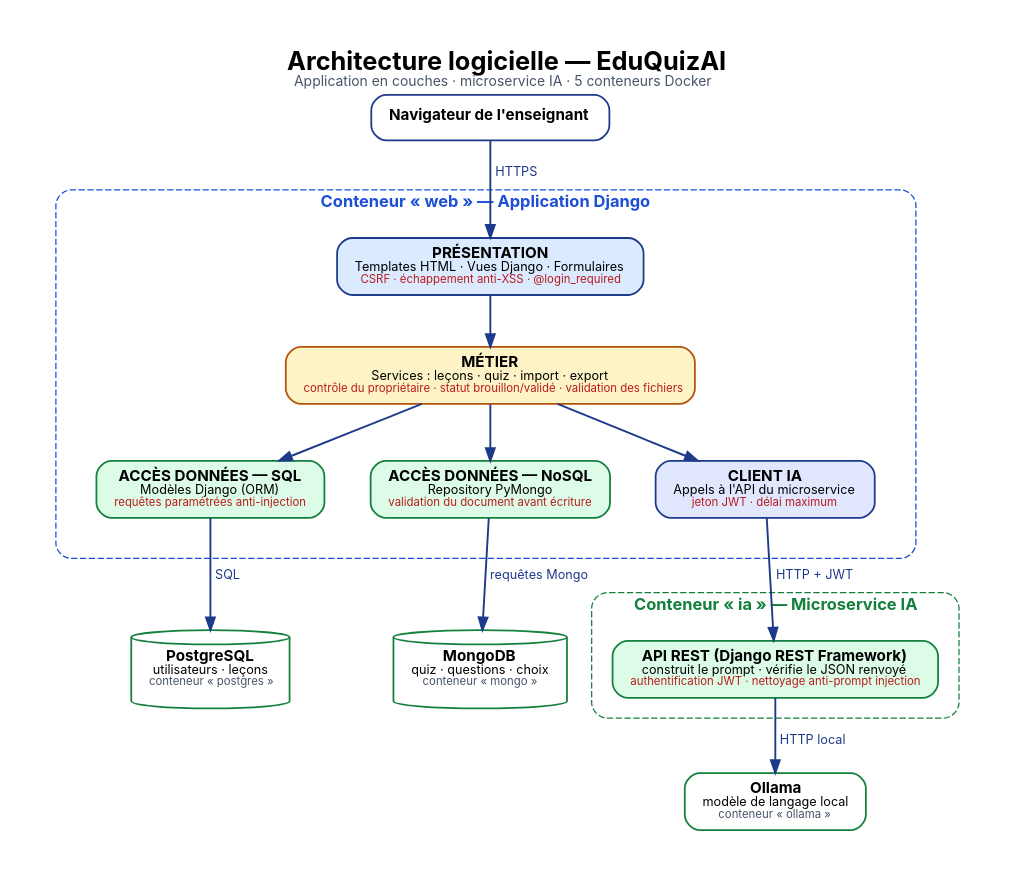
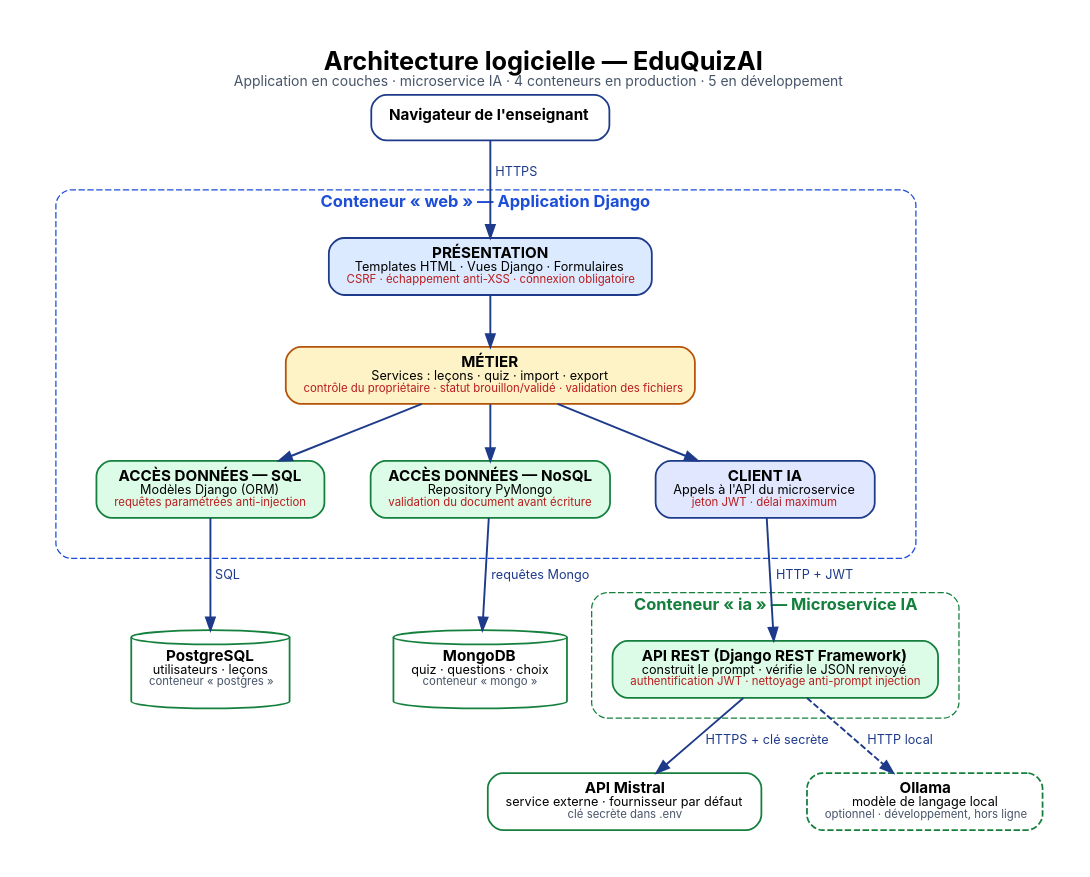
One commit to FantoniStephane/eduquizai changed the diagram in docs/conception/diagrammes/architecture.dot. Above: the diagram before and after it, drawn with Graphviz. The commit also changed 1 other file, not shown here.

Commit message:
docs(conception): schéma d'architecture avec l'API Mistral, Ollama en option

```diff
--- a/docs/conception/diagrammes/architecture.dot
+++ b/docs/conception/diagrammes/architecture.dot
@@ -1,36 +1,38 @@
 digraph A {
   graph [rankdir=TB, bgcolor="white", fontname="Inter", pad=0.4, nodesep=0.5, ranksep=0.55, compound=true,
-         label=<<B>Architecture logicielle — EduQuizAI</B><BR/><FONT POINT-SIZE="11" COLOR="#475569">Application en couches · microservice IA · 5 conteneurs Docker</FONT>>, labelloc=t, fontsize=20];
+         label=<<B>Architecture logicielle — EduQuizAI</B><BR/><FONT POINT-SIZE="11" COLOR="#475569">Application en couches · microservice IA · 4 conteneurs en production · 5 en développement</FONT>>, labelloc=t, fontsize=20];
   node [fontname="Inter", fontsize=12, shape=box, style="rounded,filled", color="#1E3A8A", fillcolor="#EFF6FF", penwidth=1.4, margin="0.2,0.1"];
   edge [fontname="Inter", fontsize=10, color="#1E3A8A", fontcolor="#1E3A8A", penwidth=1.5];
 
   nav [label=<<B>Navigateur de l'enseignant</B>>, shape=box, fillcolor="#FFFFFF"];
 
   subgraph cluster_web {
     label=<<B>Conteneur « web » — Application Django</B>>; fontsize=13; style="rounded,dashed"; color="#1D4ED8"; fontcolor="#1D4ED8"; margin=16;
-    pres [label=<<B>PRÉSENTATION</B><BR/><FONT POINT-SIZE="10">Templates HTML · Vues Django · Formulaires</FONT><BR/><FONT POINT-SIZE="9" COLOR="#B91C1C">CSRF · échappement anti-XSS · @login_required</FONT>>, fillcolor="#DBEAFE"];
+    pres [label=<<B>PRÉSENTATION</B><BR/><FONT POINT-SIZE="10">Templates HTML · Vues Django · Formulaires</FONT><BR/><FONT POINT-SIZE="9" COLOR="#B91C1C">CSRF · échappement anti-XSS · connexion obligatoire</FONT>>, fillcolor="#DBEAFE"];
     metier [label=<<B>MÉTIER</B><BR/><FONT POINT-SIZE="10">Services : leçons · quiz · import · export</FONT><BR/><FONT POINT-SIZE="9" COLOR="#B91C1C">contrôle du propriétaire · statut brouillon/validé · validation des fichiers</FONT>>, fillcolor="#FEF3C7", color="#B45309"];
     subgraph cluster_donnees { label=""; style=invis;
       orm [label=<<B>ACCÈS DONNÉES — SQL</B><BR/><FONT POINT-SIZE="10">Modèles Django (ORM)</FONT><BR/><FONT POINT-SIZE="9" COLOR="#B91C1C">requêtes paramétrées anti-injection</FONT>>, fillcolor="#DCFCE7", color="#15803D"];
       repo [label=<<B>ACCÈS DONNÉES — NoSQL</B><BR/><FONT POINT-SIZE="10">Repository PyMongo</FONT><BR/><FONT POINT-SIZE="9" COLOR="#B91C1C">validation du document avant écriture</FONT>>, fillcolor="#DCFCE7", color="#15803D"];
       client [label=<<B>CLIENT IA</B><BR/><FONT POINT-SIZE="10">Appels à l'API du microservice</FONT><BR/><FONT POINT-SIZE="9" COLOR="#B91C1C">jeton JWT · délai maximum</FONT>>, fillcolor="#E0E7FF", color="#1E3A8A"];
     }
     pres -> metier; metier -> orm; metier -> repo; metier -> client;
   }
 
   pg [label=<<B>PostgreSQL</B><BR/><FONT POINT-SIZE="10">utilisateurs · leçons</FONT><BR/><FONT POINT-SIZE="9" COLOR="#475569">conteneur « postgres »</FONT>>, shape=cylinder, fillcolor="#FFFFFF", color="#15803D"];
   mongo [label=<<B>MongoDB</B><BR/><FONT POINT-SIZE="10">quiz · questions · choix</FONT><BR/><FONT POINT-SIZE="9" COLOR="#475569">conteneur « mongo »</FONT>>, shape=cylinder, fillcolor="#FFFFFF", color="#15803D"];
 
   subgraph cluster_ia {
     label=<<B>Conteneur « ia » — Microservice IA</B>>; fontsize=13; style="rounded,dashed"; color="#15803D"; fontcolor="#15803D"; margin=16;
     api [label=<<B>API REST (Django REST Framework)</B><BR/><FONT POINT-SIZE="10">construit le prompt · vérifie le JSON renvoyé</FONT><BR/><FONT POINT-SIZE="9" COLOR="#B91C1C">authentification JWT · nettoyage anti-prompt injection</FONT>>, fillcolor="#DCFCE7", color="#15803D"];
   }
-  ollama [label=<<B>Ollama</B><BR/><FONT POINT-SIZE="10">modèle de langage local</FONT><BR/><FONT POINT-SIZE="9" COLOR="#475569">conteneur « ollama »</FONT>>, fillcolor="#FFFFFF", color="#15803D"];
+  mistral [label=<<B>API Mistral</B><BR/><FONT POINT-SIZE="10">service externe · fournisseur par défaut</FONT><BR/><FONT POINT-SIZE="9" COLOR="#475569">clé secrète dans .env</FONT>>, fillcolor="#FFFFFF", color="#15803D"];
+  ollama [label=<<B>Ollama</B><BR/><FONT POINT-SIZE="10">modèle de langage local</FONT><BR/><FONT POINT-SIZE="9" COLOR="#475569">optionnel · développement, hors ligne</FONT>>, fillcolor="#FFFFFF", color="#15803D", style="rounded,filled,dashed"];
 
   nav -> pres [label=" HTTPS "];
   orm -> pg [label=" SQL "];
   repo -> mongo [label=" requêtes Mongo "];
   client -> api [label=" HTTP + JWT "];
-  api -> ollama [label=" HTTP local "];
+  api -> mistral [label=" HTTPS + clé secrète "];
+  api -> ollama [label=" HTTP local ", style=dashed];
 
 }
```
